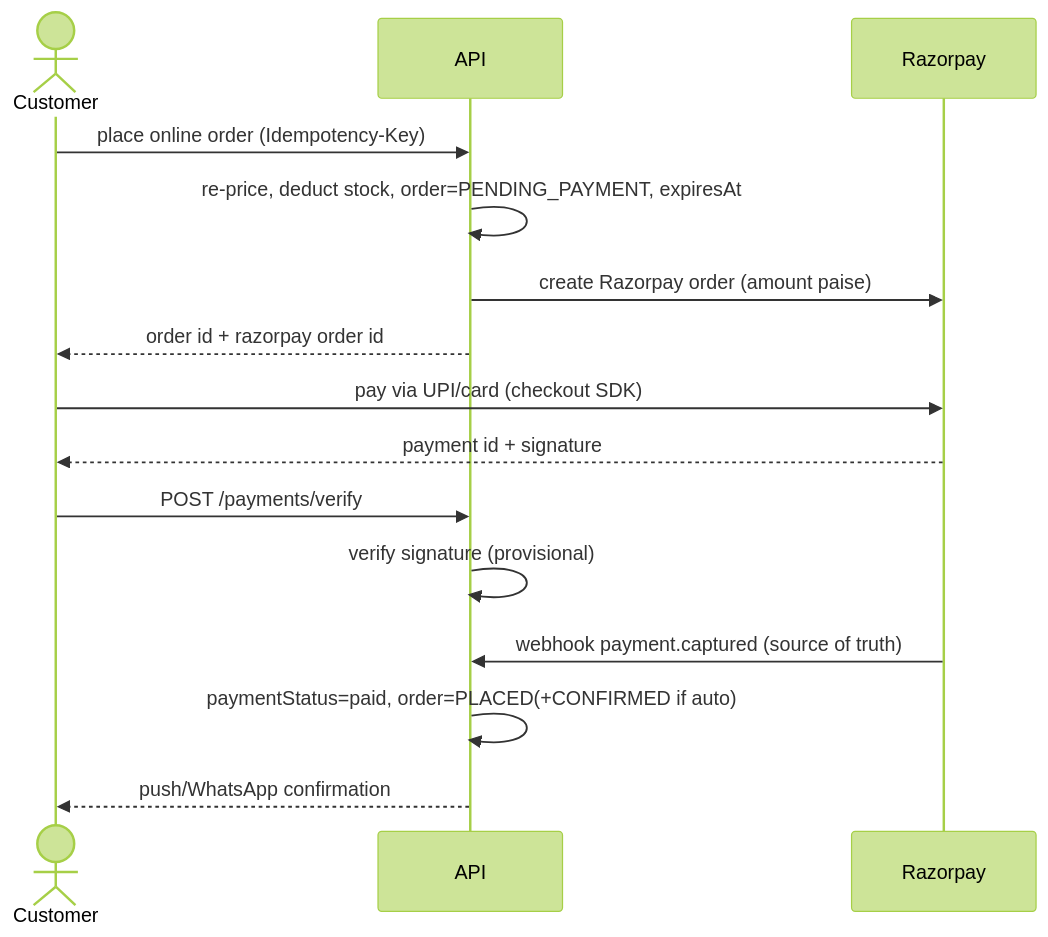
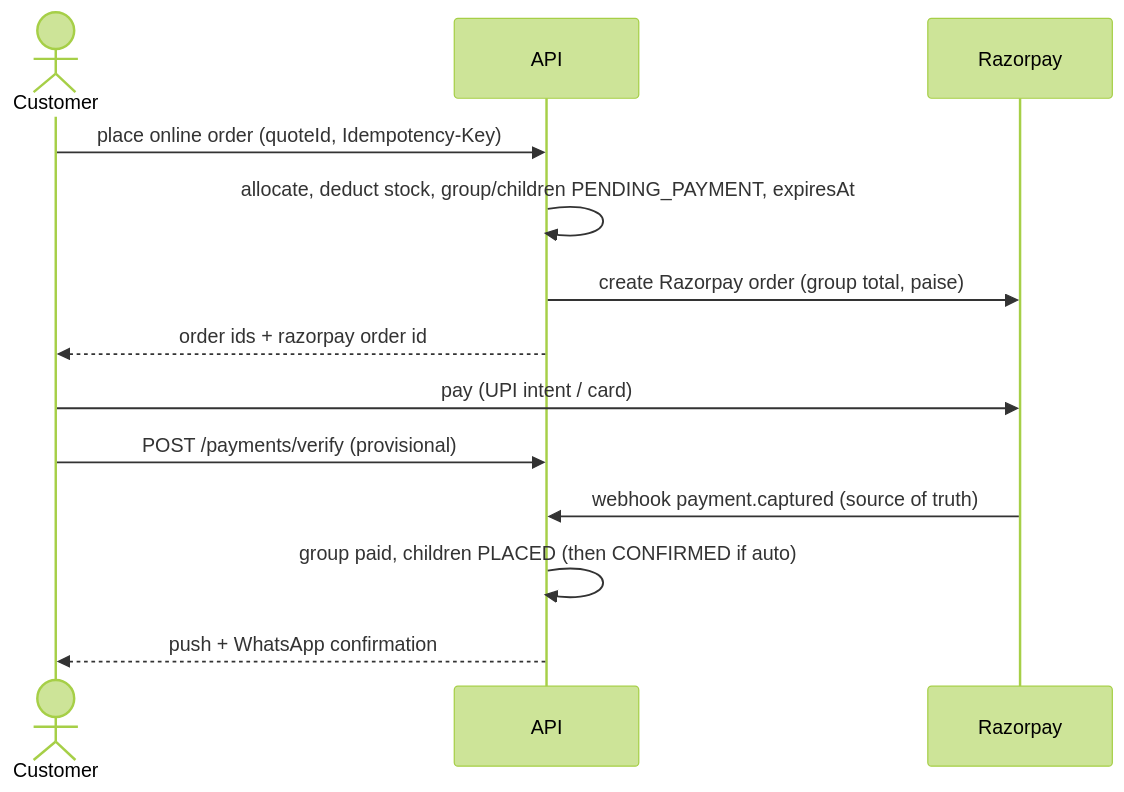
The fifth of 8 diagrams in docs/02-workflows.md (reboot-ai-private-limited/darjeeling-stores-quick-commerce), drawn with Mermaid (forest theme) before and after one commit. The commit also changed other lines of this file and 6 other files, not shown here.

````diff
--- a/docs/02-workflows.md
+++ b/docs/02-workflows.md
@@ -111,17 +145,15 @@
 ```mermaid
 sequenceDiagram
     actor C as Customer
     participant A as API
     participant R as Razorpay
-    C->>A: place online order (Idempotency-Key)
-    A->>A: re-price, deduct stock, order=PENDING_PAYMENT, expiresAt
-    A->>R: create Razorpay order (amount paise)
-    A-->>C: order id + razorpay order id
-    C->>R: pay via UPI/card (checkout SDK)
-    R-->>C: payment id + signature
-    C->>A: POST /payments/verify
-    A->>A: verify signature (provisional)
+    C->>A: place online order (quoteId, Idempotency-Key)
+    A->>A: allocate, deduct stock, group/children PENDING_PAYMENT, expiresAt
+    A->>R: create Razorpay order (group total, paise)
+    A-->>C: order ids + razorpay order id
+    C->>R: pay (UPI intent / card)
+    C->>A: POST /payments/verify (provisional)
     R->>A: webhook payment.captured (source of truth)
-    A->>A: paymentStatus=paid, order=PLACED(+CONFIRMED if auto)
-    A-->>C: push/WhatsApp confirmation
+    A->>A: group paid, children PLACED (then CONFIRMED if auto)
+    A-->>C: push + WhatsApp confirmation
 ```
````
